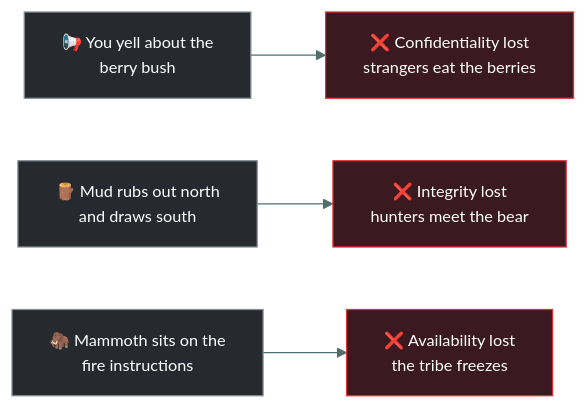
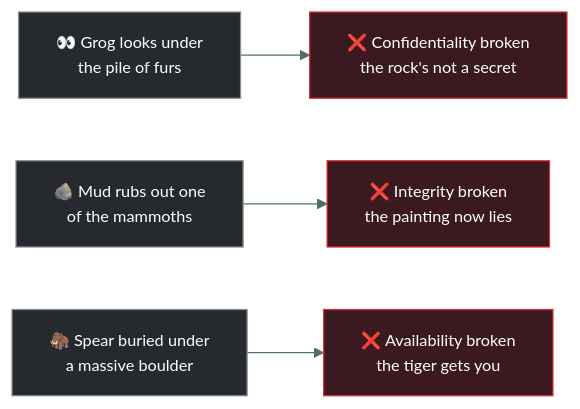
One commit to tarunTejaDesireddy/cc-exam-prep changed the second of 3 diagrams in 01-security-principles/cia-triad/README.md. Above: the diagram before and after it, drawn with Mermaid. The commit also changed other lines of this file, not shown here.

First line of the commit message:
Rewrite the CIA triad with the shiny rock, mammoth painting and spear

````diff
--- a/01-security-principles/cia-triad/README.md
+++ b/01-security-principles/cia-triad/README.md
@@ -112,14 +85,14 @@
 ```mermaid
 %%{init: {'theme':'base','themeVariables':{'fontFamily':'Segoe UI, Helvetica Neue, Arial, sans-serif','fontSize':'13px','lineColor':'#4d6f6e','textColor':'#dbe7e6'}}}%%
 flowchart LR
-    F1["📢 You yell about the<br/>berry bush"] --> B1["❌ Confidentiality lost<br/>strangers eat the berries"]
-    F2["🪵 Mud rubs out north<br/>and draws south"] --> B2["❌ Integrity lost<br/>hunters meet the bear"]
-    F3["🦣 Mammoth sits on the<br/>fire instructions"] --> B3["❌ Availability lost<br/>the tribe freezes"]
+    F1["👀 Grog looks under<br/>the pile of furs"] --> B1["❌ Confidentiality broken<br/>the rock's not a secret"]
+    F2["🪨 Mud rubs out one<br/>of the mammoths"] --> B2["❌ Integrity broken<br/>the painting now lies"]
+    F3["🦣 Spear buried under<br/>a massive boulder"] --> B3["❌ Availability broken<br/>the tiger gets you"]
 
     style F1 fill:#26292e,stroke:#868E96,color:#fff
     style F2 fill:#26292e,stroke:#868E96,color:#fff
     style F3 fill:#26292e,stroke:#868E96,color:#fff
     style B1 fill:#3a1a20,stroke:#E03131,color:#fff
     style B2 fill:#3a1a20,stroke:#E03131,color:#fff
     style B3 fill:#3a1a20,stroke:#E03131,color:#fff
 ```
````
